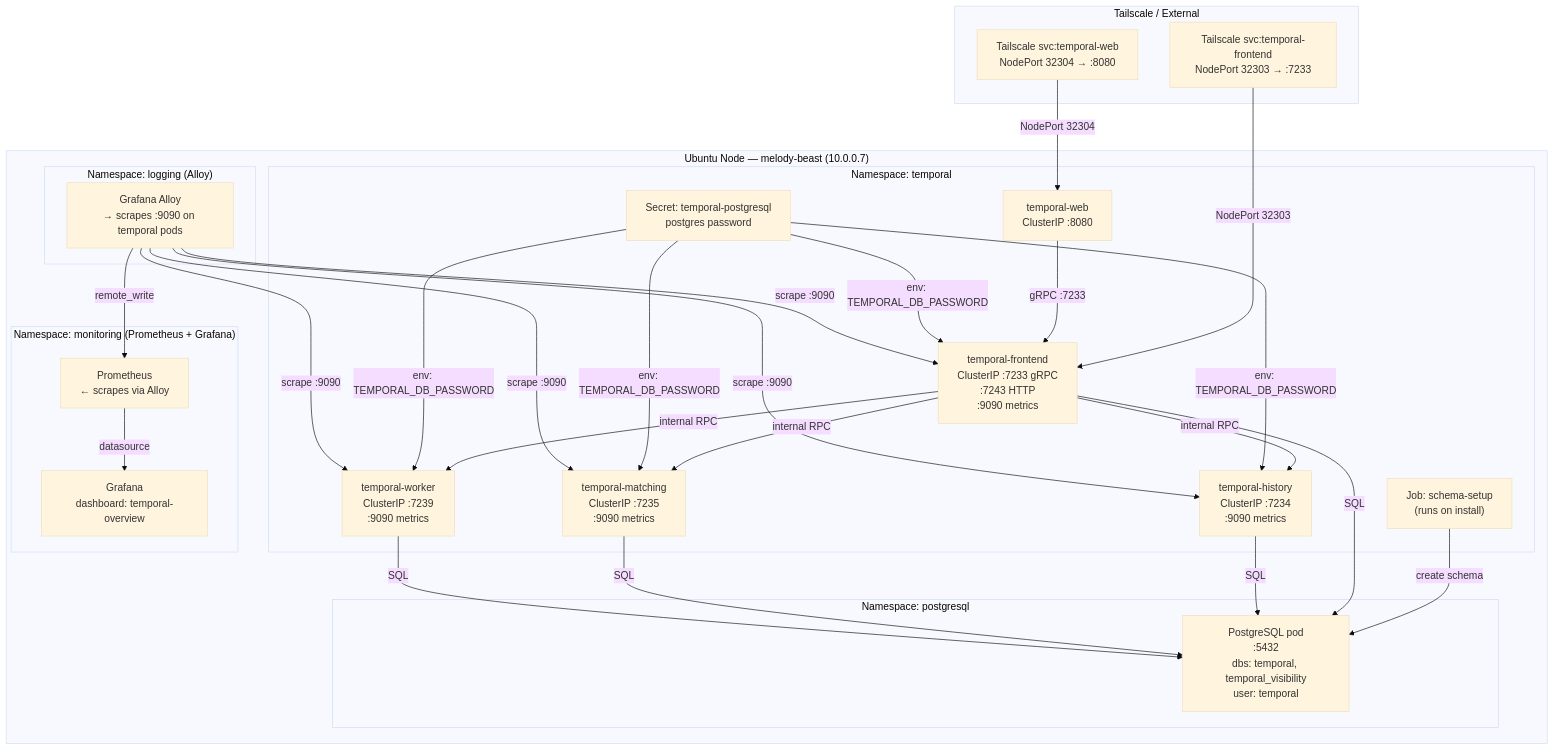
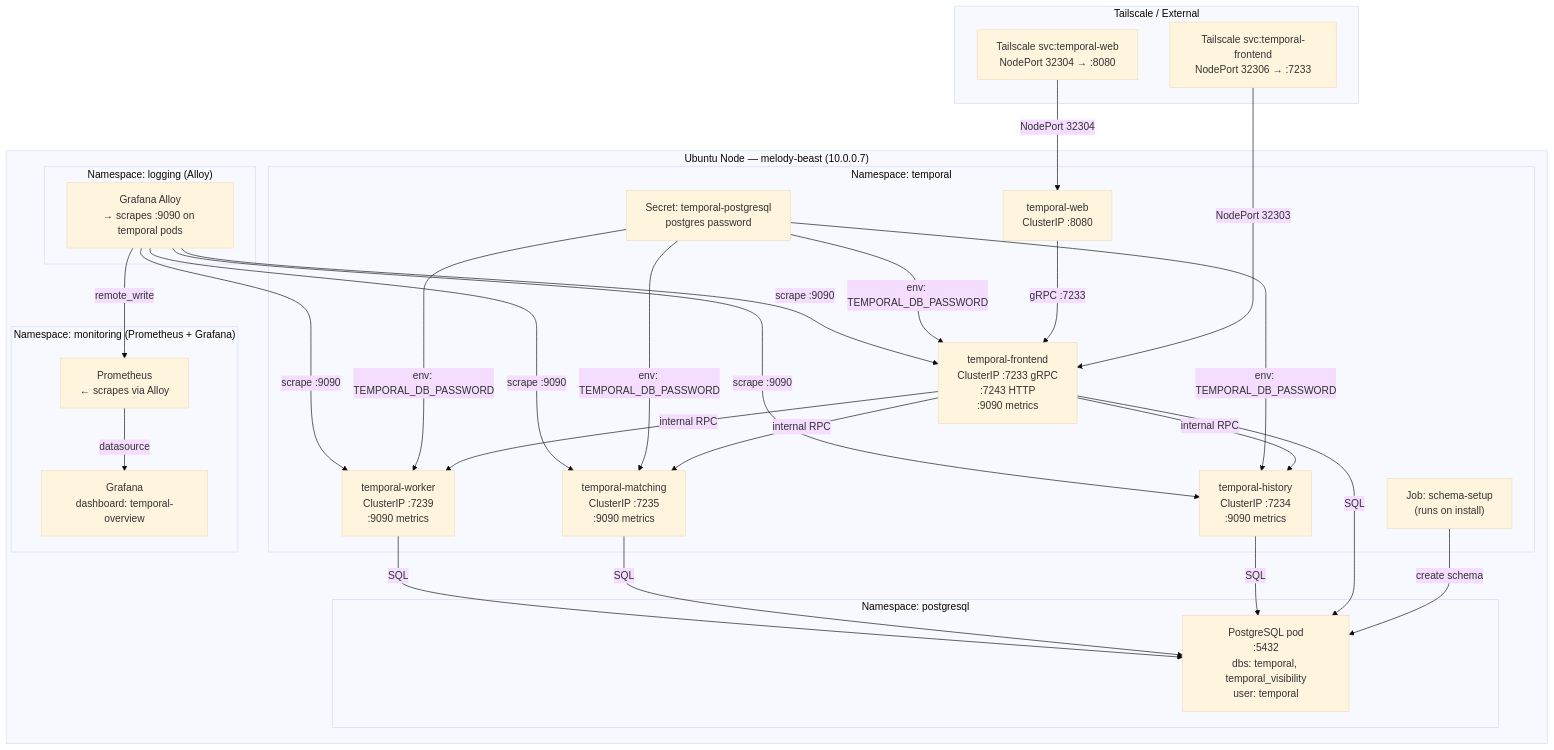
The diagram in Projects/Homelab/Temporal.md (sandeep15390/obsidian-vault), drawn with Mermaid (base theme) before and after one commit. The commit also changed other lines of this file and 2 other files, not shown here.

````diff
--- a/Projects/Homelab/Temporal.md
+++ b/Projects/Homelab/Temporal.md
@@ -45,57 +47,57 @@
 ```mermaid
 graph TD
     subgraph Tailscale["Tailscale / External"]
         TSWeb["Tailscale svc:temporal-web\nNodePort 32304 → :8080"]
-        TSFrontend["Tailscale svc:temporal-frontend\nNodePort 32303 → :7233"]
+        TSFrontend["Tailscale svc:temporal-frontend\nNodePort 32306 → :7233"]
     end
 
     subgraph K8s["Ubuntu Node — melody-beast (10.0.0.7)"]
         subgraph TemporalNS["Namespace: temporal"]
             Frontend["temporal-frontend\nClusterIP :7233 gRPC\n:7243 HTTP\n:9090 metrics"]
             History["temporal-history\nClusterIP :7234\n:9090 metrics"]
             Matching["temporal-matching\nClusterIP :7235\n:9090 metrics"]
             Worker["temporal-worker\nClusterIP :7239\n:9090 metrics"]
             Web["temporal-web\nClusterIP :8080"]
             SchemaJob["Job: schema-setup\n(runs on install)"]
             Secret["Secret: temporal-postgresql\npostgres password"]
         end
 
         subgraph ObsNS["Namespace: logging (Alloy)"]
             Alloy["Grafana Alloy\n→ scrapes :9090 on temporal pods"]
         end
 
         subgraph PGNS["Namespace: postgresql"]
             PG["PostgreSQL pod\n:5432\ndbs: temporal, temporal_visibility\nuser: temporal"]
         end
 
         subgraph MetricsNS["Namespace: monitoring (Prometheus + Grafana)"]
             Prom["Prometheus\n← scrapes via Alloy"]
             Grafana["Grafana\ndashboard: temporal-overview"]
         end
     end
 
     TSWeb -->|NodePort 32304| Web
     TSFrontend -->|NodePort 32303| Frontend
 
     Frontend -->|internal RPC| History
     Frontend -->|internal RPC| Matching
     Frontend -->|internal RPC| Worker
     Web -->|gRPC :7233| Frontend
 
     SchemaJob -->|create schema| PG
     Frontend -->|SQL| PG
     History -->|SQL| PG
     Matching -->|SQL| PG
     Worker -->|SQL| PG
     Secret -->|env: TEMPORAL_DB_PASSWORD| Frontend
     Secret -->|env: TEMPORAL_DB_PASSWORD| History
     Secret -->|env: TEMPORAL_DB_PASSWORD| Matching
     Secret -->|env: TEMPORAL_DB_PASSWORD| Worker
 
     Alloy -->|scrape :9090| Frontend
     Alloy -->|scrape :9090| History
     Alloy -->|scrape :9090| Matching
     Alloy -->|scrape :9090| Worker
     Alloy -->|remote_write| Prom
     Prom -->|datasource| Grafana
 ```
````
